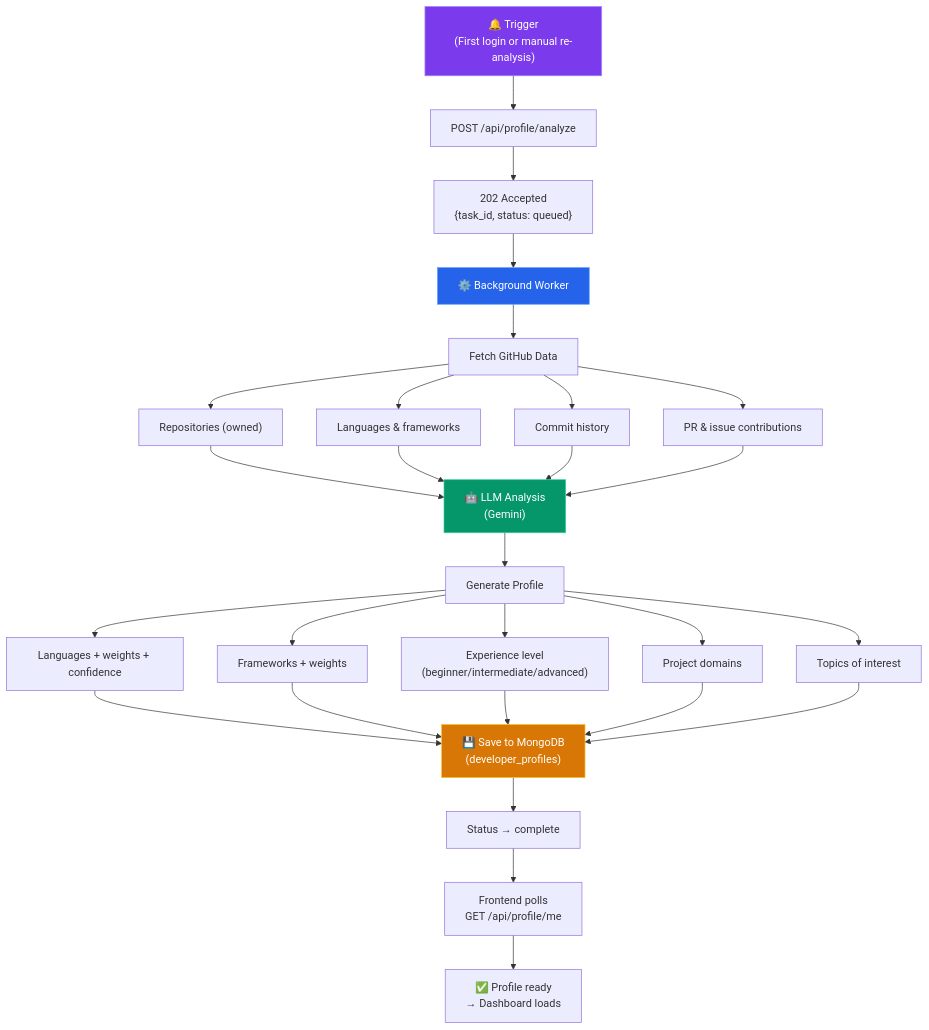
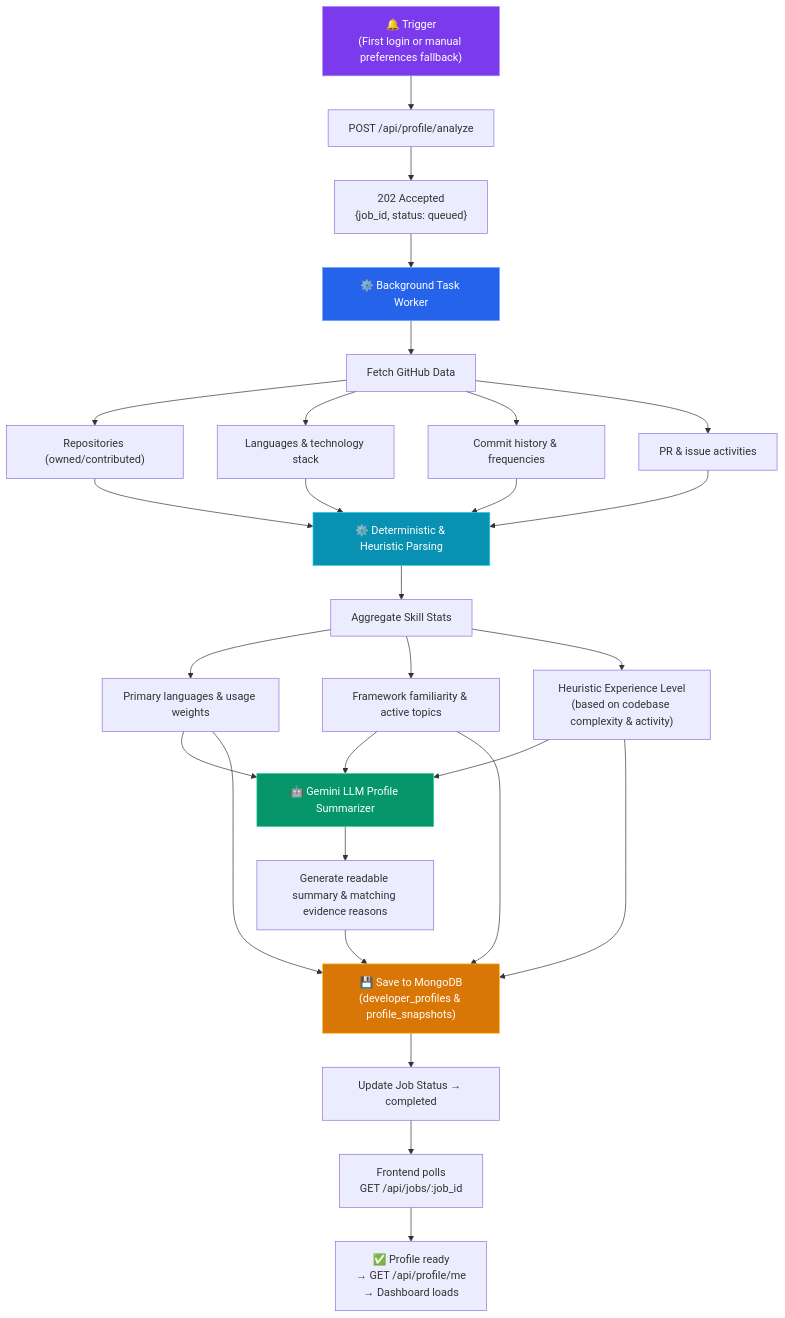
One commit to MuditIsOP/OpenScout.ai changed the fourth of 13 diagrams in APP_ARCHITECTURE.md. Above: the diagram before and after it, drawn with Mermaid. The commit also changed other lines of this file and 6 other files, not shown here.

Commit message:
docs: refine Phase 1 scope, update authentication and database schema, and document project phase boundaries.

````diff
--- a/APP_ARCHITECTURE.md
+++ b/APP_ARCHITECTURE.md
@@ -125,32 +125,34 @@
 ```mermaid
 flowchart TD
-    A["🔔 Trigger<br/>(First login or manual re-analysis)"] --> B["POST /api/profile/analyze"]
-    B --> C["202 Accepted<br/>{task_id, status: queued}"]
-    C --> D["⚙️ Background Worker"]
+    A["🔔 Trigger<br/>(First login or manual preferences fallback)"] --> B["POST /api/profile/analyze"]
+    B --> C["202 Accepted<br/>{job_id, status: queued}"]
+    C --> D["⚙️ Background Task Worker"]
     
     D --> E["Fetch GitHub Data"]
-    E --> E1["Repositories (owned)"]
-    E --> E2["Languages & frameworks"]
-    E --> E3["Commit history"]
-    E --> E4["PR & issue contributions"]
+    E --> E1["Repositories (owned/contributed)"]
+    E --> E2["Languages & technology stack"]
+    E --> E3["Commit history & frequencies"]
+    E --> E4["PR & issue activities"]
     
-    E1 & E2 & E3 & E4 --> F["🤖 LLM Analysis<br/>(Gemini)"]
+    E1 & E2 & E3 & E4 --> F["⚙️ Deterministic & Heuristic Parsing"]
     
-    F --> G["Generate Profile"]
-    G --> G1["Languages + weights + confidence"]
-    G --> G2["Frameworks + weights"]
-    G --> G3["Experience level<br/>(beginner/intermediate/advanced)"]
-    G --> G4["Project domains"]
-    G --> G5["Topics of interest"]
+    F --> G["Aggregate Skill Stats"]
+    G --> G1["Primary languages & usage weights"]
+    G --> G2["Framework familiarity & active topics"]
+    G --> G3["Heuristic Experience Level<br/>(based on codebase complexity & activity)"]
     
-    G1 & G2 & G3 & G4 & G5 --> H["💾 Save to MongoDB<br/>(developer_profiles)"]
-    H --> I["Status → complete"]
+    G1 & G2 & G3 --> H["🤖 Gemini LLM Profile Summarizer"]
+    H --> I["Generate readable summary & matching evidence reasons"]
+    
+    I & G1 & G2 & G3 --> J["💾 Save to MongoDB<br/>(developer_profiles & profile_snapshots)"]
+    J --> K["Update Job Status → completed"]
 
-    I --> J["Frontend polls<br/>GET /api/profile/me"]
-    J --> K["✅ Profile ready<br/>→ Dashboard loads"]
+    K --> L["Frontend polls<br/>GET /api/jobs/:job_id"]
+    L --> M["✅ Profile ready<br/>→ GET /api/profile/me<br/>→ Dashboard loads"]
 
     style A fill:#7c3aed,stroke:#a78bfa,color:#fff
     style D fill:#2563eb,stroke:#60a5fa,color:#fff
-    style F fill:#059669,stroke:#34d399,color:#fff
-    style H fill:#d97706,stroke:#fbbf24,color:#fff
+    style F fill:#0891b2,stroke:#22d3ee,color:#fff
+    style H fill:#059669,stroke:#34d399,color:#fff
+    style J fill:#d97706,stroke:#fbbf24,color:#fff
 ```
````
